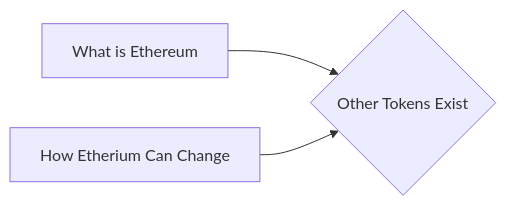
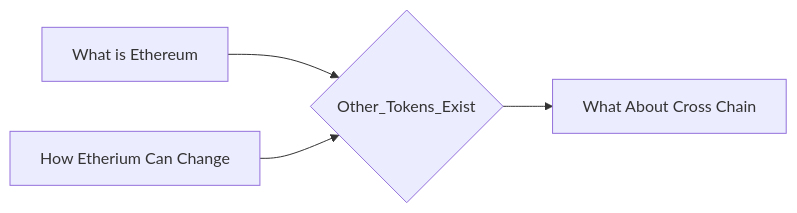
One commit to lpurdy01/crypto-knowledge-map changed the diagram in notes/Other_Tokens_Exist.md. Above: the diagram before and after it, drawn with Mermaid. The commit also changed 161 other files, not shown here.

````diff
--- a/notes/Other_Tokens_Exist.md
+++ b/notes/Other_Tokens_Exist.md
@@ -9,5 +9,6 @@
 ```mermaid
 graph LR
-1["What is Ethereum"]-->0{"Other Tokens Exist"}
-2["How Etherium Can Change"]-->0{"Other Tokens Exist"}
+1["What is Ethereum"]-->0{"Other_Tokens_Exist"}
+2["How Etherium Can Change"]-->0{"Other_Tokens_Exist"}
+0{"Other_Tokens_Exist"}-->3["What About Cross Chain"]
 ```
````
